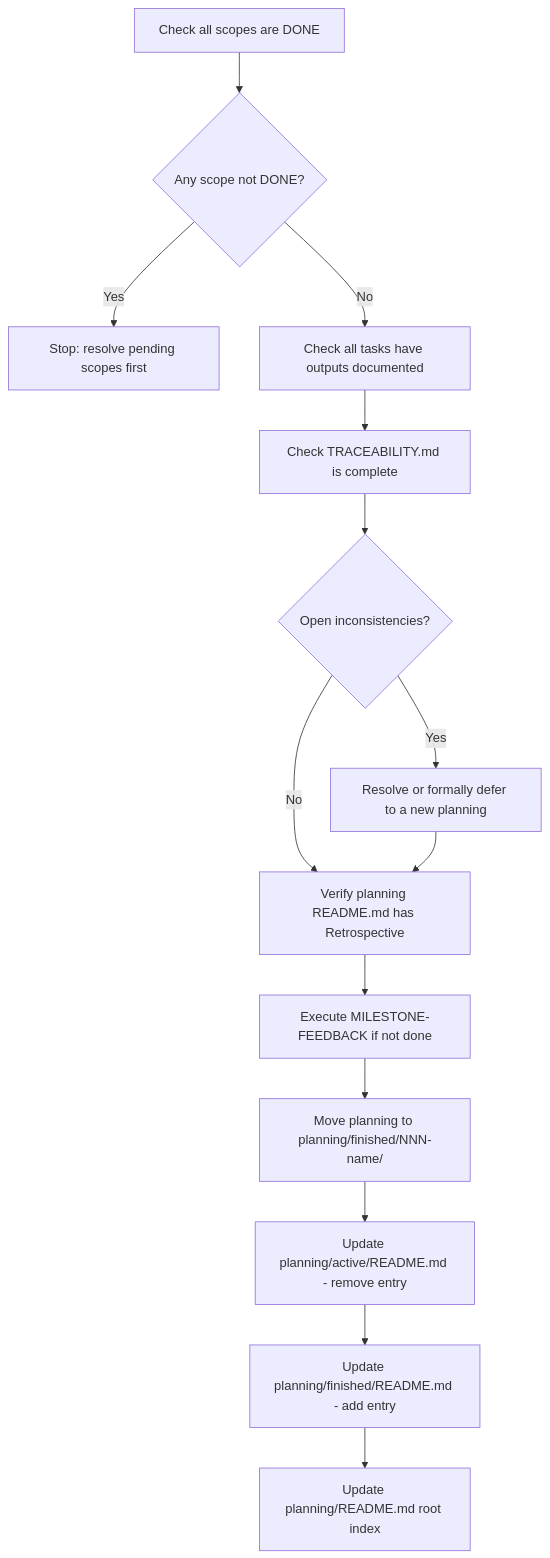
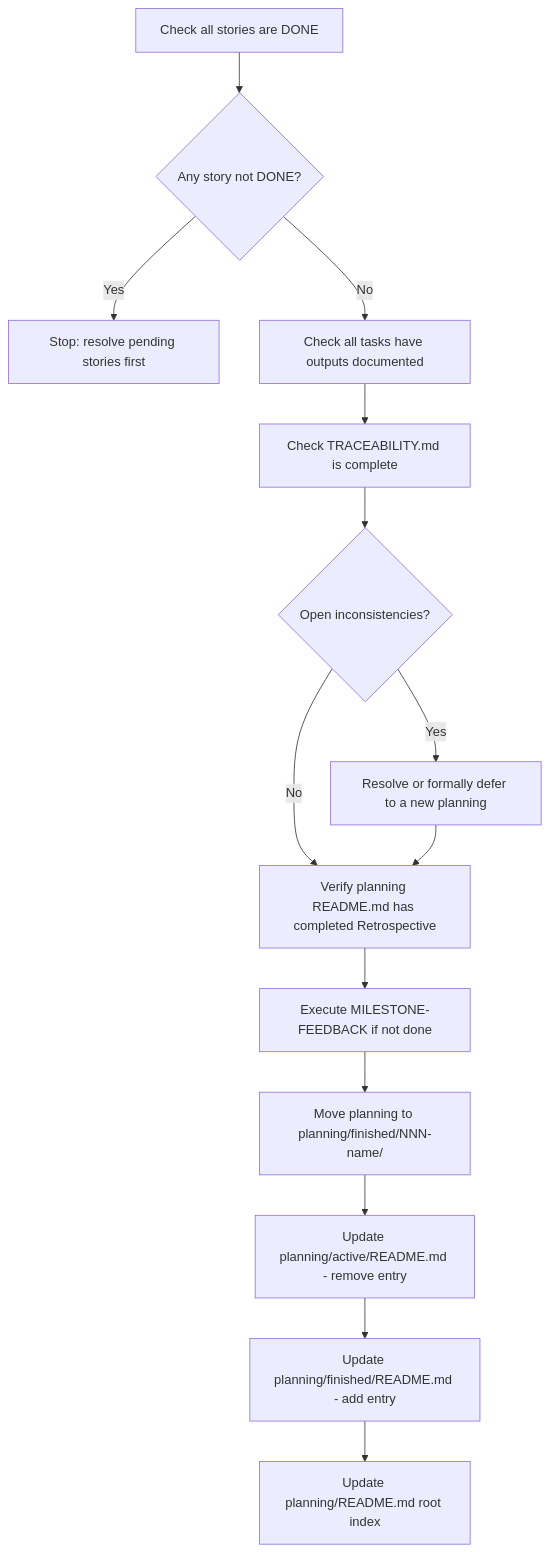
Before and after one commit to cmartinezs/grade-ops-ai: the diagram in .planning/WORKFLOWS/03-MAINTENANCE-WORKFLOWS/AUDIT-PLANNING.md, drawn with Mermaid. The commit also changed other lines of this file and 233 other files, not shown here.

````diff
--- a/.planning/WORKFLOWS/03-MAINTENANCE-WORKFLOWS/AUDIT-PLANNING.md
+++ b/.planning/WORKFLOWS/03-MAINTENANCE-WORKFLOWS/AUDIT-PLANNING.md
@@ -9,16 +9,16 @@
 ```mermaid
 flowchart TD
-    A[Check all scopes are DONE] --> B{Any scope not DONE?}
-    B -- Yes --> Z[Stop: resolve pending scopes first]
+    A[Check all stories are DONE] --> B{Any story not DONE?}
+    B -- Yes --> Z[Stop: resolve pending stories first]
     B -- No --> C[Check all tasks have outputs documented]
     C --> D[Check TRACEABILITY.md is complete]
     D --> E{Open inconsistencies?}
     E -- Yes --> F[Resolve or formally defer to a new planning]
-    E -- No --> G[Verify planning README.md has Retrospective]
+    E -- No --> G[Verify planning README.md has completed Retrospective]
     F --> G
     G --> H[Execute MILESTONE-FEEDBACK if not done]
     H --> I[Move planning to planning/finished/NNN-name/]
     I --> J[Update planning/active/README.md - remove entry]
     J --> K[Update planning/finished/README.md - add entry]
     K --> L[Update planning/README.md root index]
 ```
````
